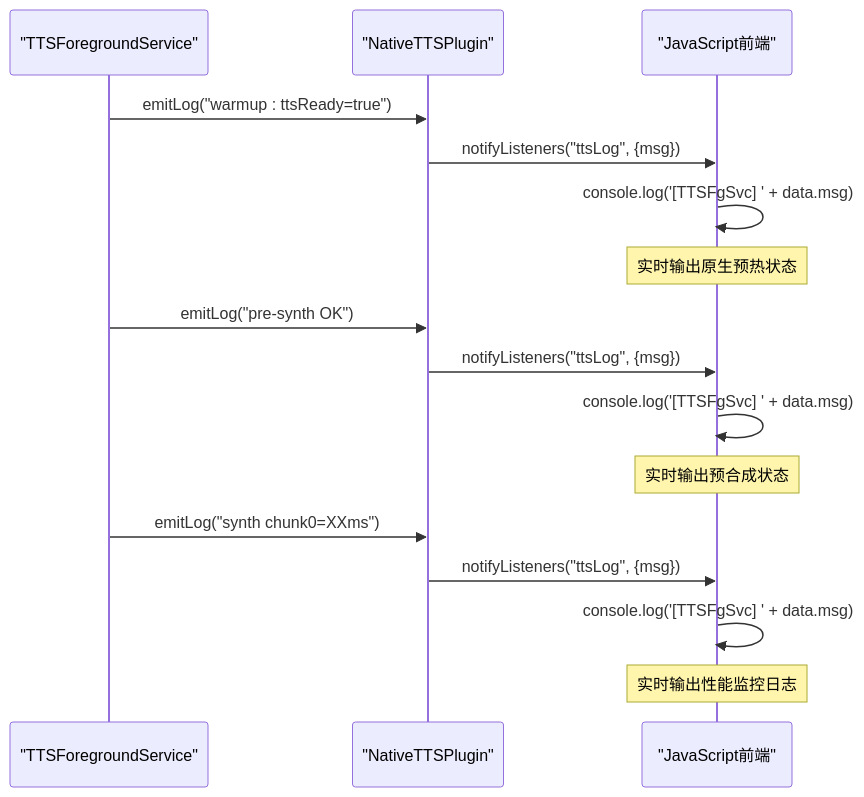
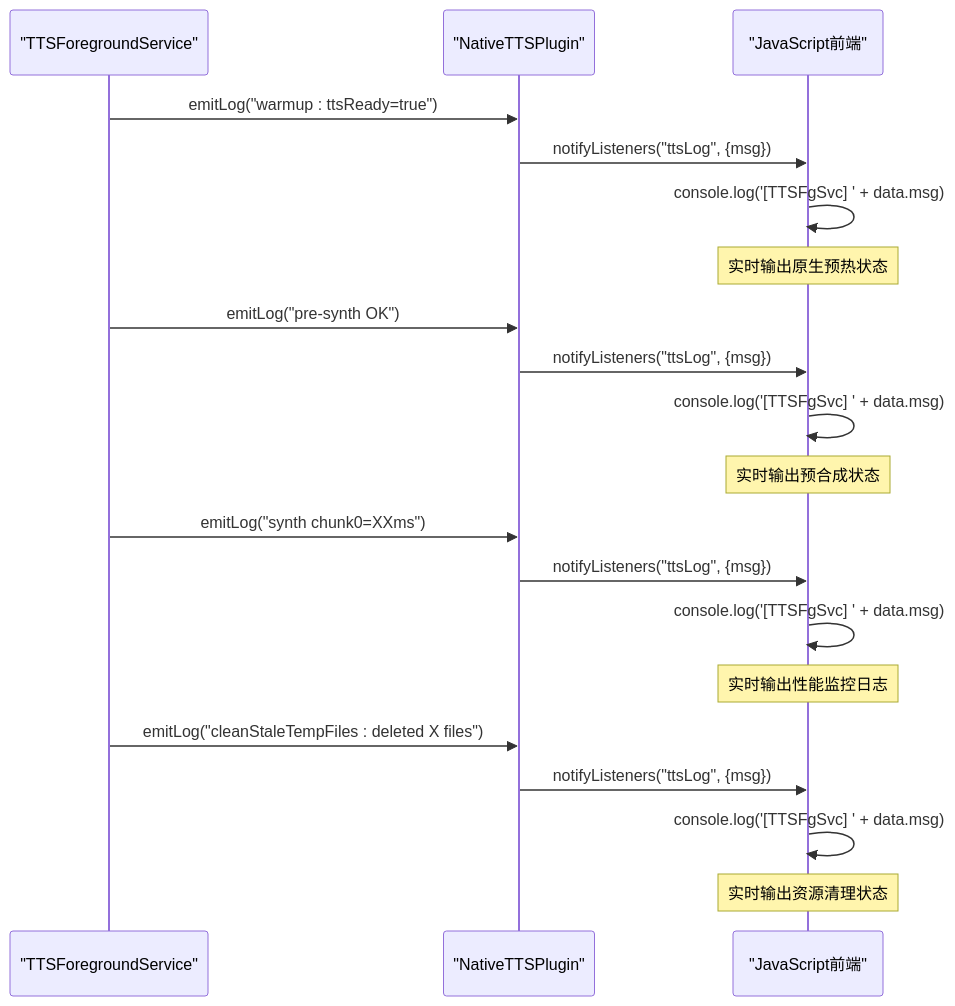
One commit to zhao-zg/cx changed the ninth of 11 diagrams in .qoder/repowiki/zh/content/移动应用开发/移动应用开发.md. Above: the diagram before and after it, drawn with Mermaid. The commit also changed other lines of this file and 34 other files, not shown here.

````diff
--- a/.qoder/repowiki/zh/content/移动应用开发/移动应用开发.md
+++ b/.qoder/repowiki/zh/content/移动应用开发/移动应用开发.md
@@ -524,18 +538,22 @@
 ```mermaid
 sequenceDiagram
 participant S as "TTSForegroundService"
 participant P as "NativeTTSPlugin"
 participant J as "JavaScript前端"
 S->>P : emitLog("warmup : ttsReady=true")
 P->>J : notifyListeners("ttsLog", {msg})
 J->>J : console.log('[TTSFgSvc] ' + data.msg)
 Note over J : 实时输出原生预热状态
 S->>P : emitLog("pre-synth OK")
 P->>J : notifyListeners("ttsLog", {msg})
 J->>J : console.log('[TTSFgSvc] ' + data.msg)
 Note over J : 实时输出预合成状态
 S->>P : emitLog("synth chunk0=XXms")
 P->>J : notifyListeners("ttsLog", {msg})
 J->>J : console.log('[TTSFgSvc] ' + data.msg)
 Note over J : 实时输出性能监控日志
+S->>P : emitLog("cleanStaleTempFiles : deleted X files")
+P->>J : notifyListeners("ttsLog", {msg})
+J->>J : console.log('[TTSFgSvc] ' + data.msg)
+Note over J : 实时输出资源清理状态
 ```
````
